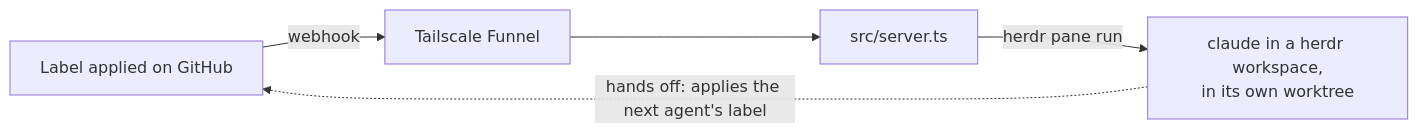
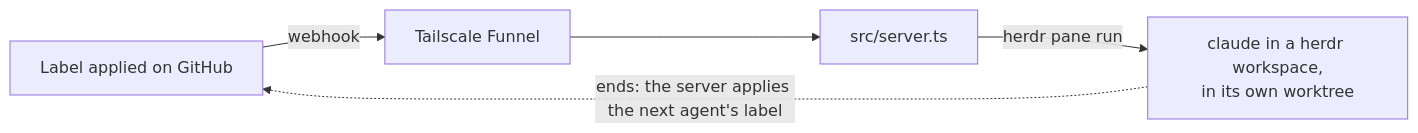
One commit to jd-solanki/ai changed the first of 2 diagrams in apps/software-factory/README.md. Above: the diagram before and after it, drawn with Mermaid. The commit also changed other lines of this file and 10 other files, not shown here.

````diff
--- a/apps/software-factory/README.md
+++ b/apps/software-factory/README.md
@@ -5,6 +5,6 @@
 ```mermaid
 flowchart LR
   L["Label applied on GitHub"] -->|webhook| F["Tailscale Funnel"] --> S["src/server.ts"]
   S -->|"herdr pane run"| B["claude in a herdr workspace,<br/>in its own worktree"]
-  B -.->|"hands off: applies the next agent's label"| L
+  B -.->|"ends: the server applies the next agent's label"| L
 ```
````
